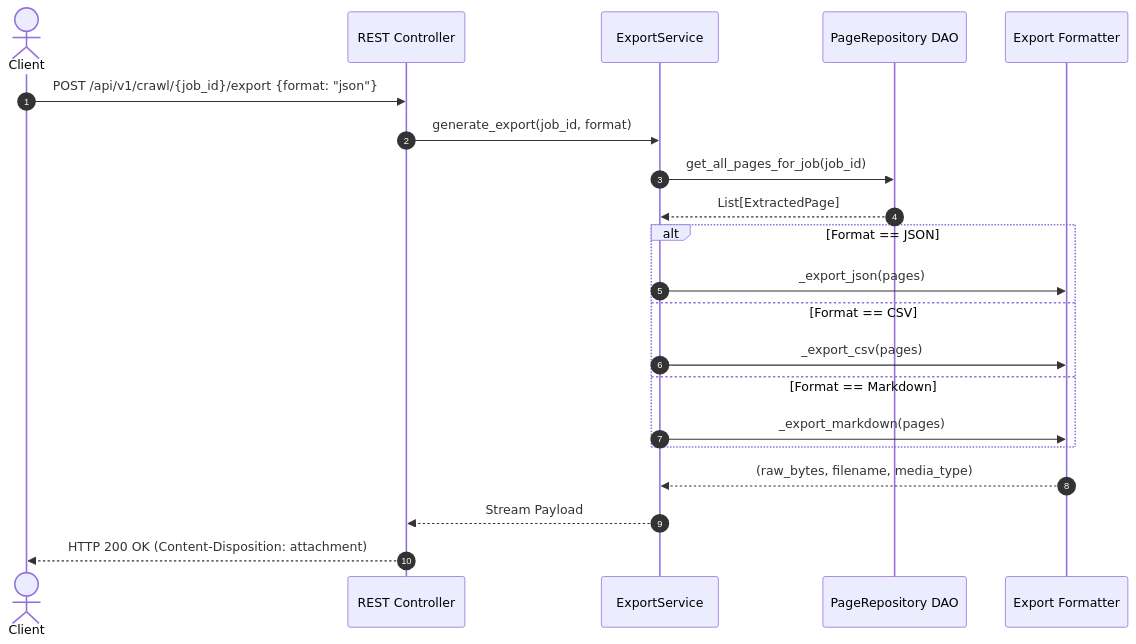
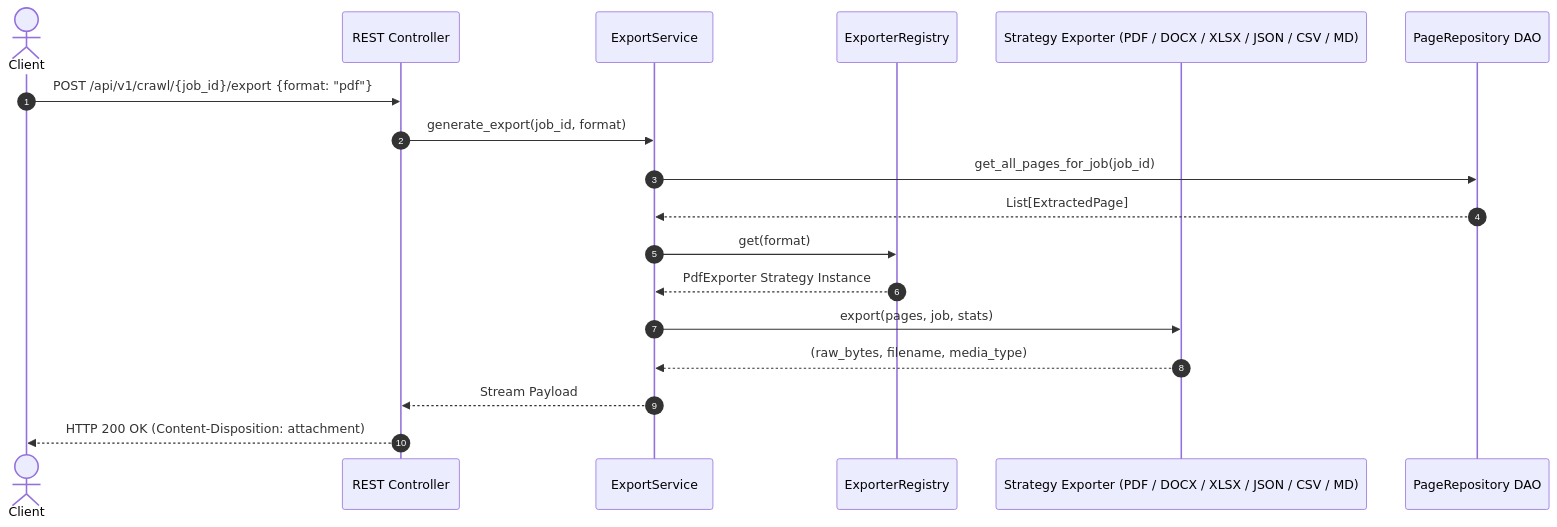
The fourth of 4 diagrams in docs/ARCHITECTURE.md (GANDLA-ARAVIND/universal-website-data-extractor), drawn with Mermaid before and after one commit. The commit also changed 3 other files, not shown here.

````diff
--- a/docs/ARCHITECTURE.md
+++ b/docs/ARCHITECTURE.md
@@ -152,26 +152,21 @@
 ```mermaid
 sequenceDiagram
     autonumber
     actor Client
     participant API as REST Controller
     participant ExportSvc as ExportService
+    participant Registry as ExporterRegistry
+    participant Strategy as Strategy Exporter (PDF / DOCX / XLSX / JSON / CSV / MD)
     participant PageRepo as PageRepository DAO
-    participant Formatter as Export Formatter
 
-    Client->>API: POST /api/v1/crawl/{job_id}/export {format: "json"}
+    Client->>API: POST /api/v1/crawl/{job_id}/export {format: "pdf"}
     API->>ExportSvc: generate_export(job_id, format)
     ExportSvc->>PageRepo: get_all_pages_for_job(job_id)
     PageRepo-->>ExportSvc: List[ExtractedPage]
-    
-    alt Format == JSON
-        ExportSvc->>Formatter: _export_json(pages)
-    else Format == CSV
-        ExportSvc->>Formatter: _export_csv(pages)
-    else Format == Markdown
-        ExportSvc->>Formatter: _export_markdown(pages)
-    end
-
-    Formatter-->>ExportSvc: (raw_bytes, filename, media_type)
+    ExportSvc->>Registry: get(format)
+    Registry-->>ExportSvc: PdfExporter Strategy Instance
+    ExportSvc->>Strategy: export(pages, job, stats)
+    Strategy-->>ExportSvc: (raw_bytes, filename, media_type)
     ExportSvc-->>API: Stream Payload
     API-->>Client: HTTP 200 OK (Content-Disposition: attachment)
 ```
````
